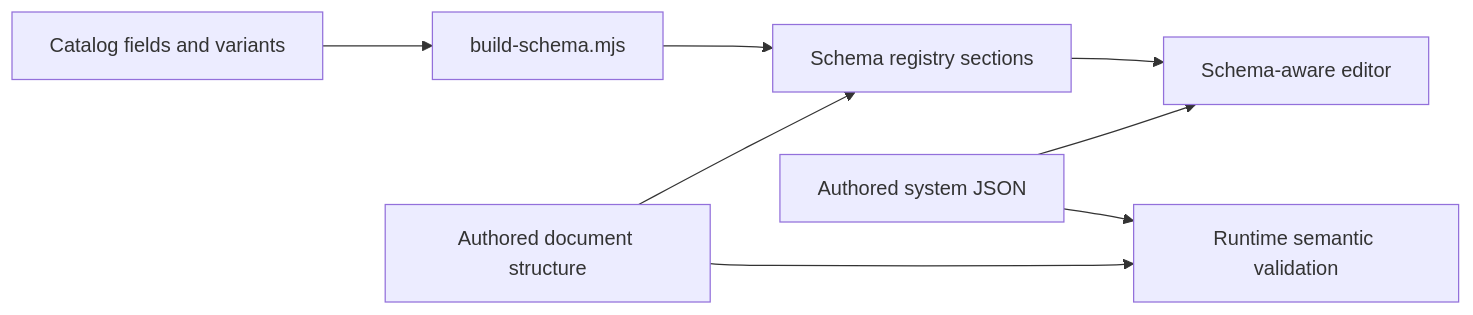
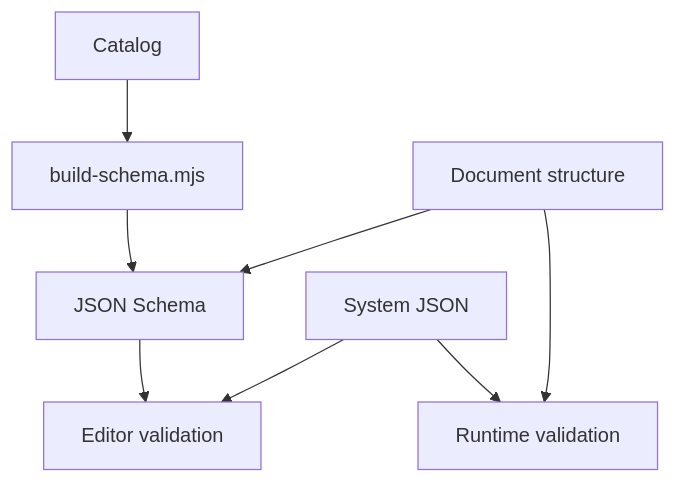
Before and after one commit to Valpatel/cad-agent: the diagram in software/cadagent/webkit/scada/ui/schema/README.md, drawn with Mermaid. The commit also changed other lines of this file and 27 other files, not shown here.

Commit message:
docs: fit authored SCADA maps and reference sections

````diff
--- a/software/cadagent/webkit/scada/ui/schema/README.md
+++ b/software/cadagent/webkit/scada/ui/schema/README.md
@@ -7,10 +7,10 @@
 ```mermaid
-flowchart LR
-  catalog[Catalog fields and variants] --> generator[build-schema.mjs]
-  generator --> schema[Schema registry sections]
-  contract[Authored document structure] --> schema
-  document[Authored system JSON] --> editor[Schema-aware editor]
-  schema --> editor
-  document --> runtime[Runtime semantic validation]
-  contract --> runtime
+flowchart TD
+  Catalog["Catalog"] --> Build["build-schema.mjs"]
+  Build --> Schema["JSON Schema"]
+  Contract["Document structure"] --> Schema
+  Schema --> Editor["Editor validation"]
+  Document["System JSON"] --> Editor
+  Document --> Runtime["Runtime validation"]
+  Contract --> Runtime
 ```
````
